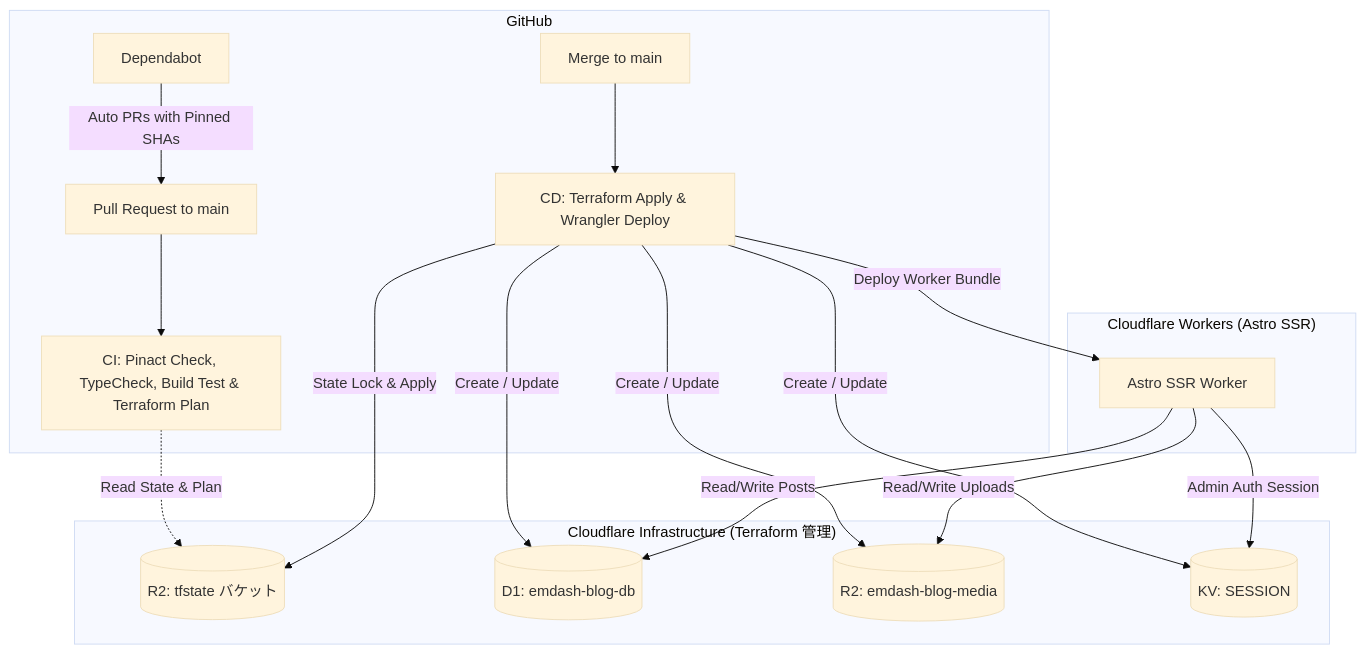
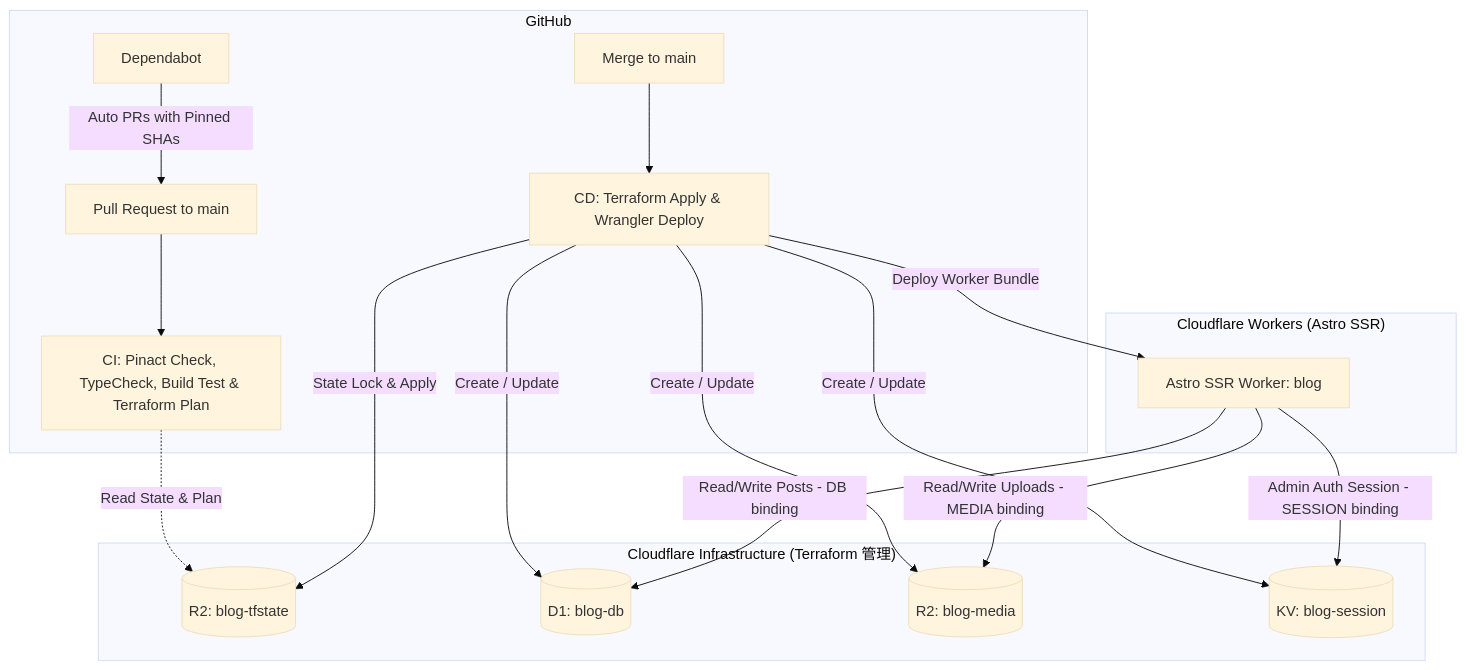
The diagram in docs/superpowers/specs/2026-08-18-terraform-github-actions-design.md (RikiyaOta/blog), drawn with Mermaid (base theme) before and after one commit. The commit also changed other lines of this file and 2 other files, not shown here.

````diff
--- a/docs/superpowers/specs/2026-08-18-terraform-github-actions-design.md
+++ b/docs/superpowers/specs/2026-08-18-terraform-github-actions-design.md
@@ -12,29 +12,29 @@
 ```mermaid
 flowchart TD
     subgraph GitHub
         PR[Pull Request to main] --> CI[CI: Pinact Check, TypeCheck, Build Test & Terraform Plan]
         Merge[Merge to main] --> CD[CD: Terraform Apply & Wrangler Deploy]
         Dependabot[Dependabot] -->|Auto PRs with Pinned SHAs| PR
     end
 
     subgraph "Cloudflare Infrastructure (Terraform 管理)"
-        R2State[(R2: tfstate バケット)]
-        D1[(D1: emdash-blog-db)]
-        R2Media[(R2: emdash-blog-media)]
-        KV[(KV: SESSION)]
+        R2State[(R2: blog-tfstate)]
+        D1[(D1: blog-db)]
+        R2Media[(R2: blog-media)]
+        KV[(KV: blog-session)]
     end
 
     subgraph "Cloudflare Workers (Astro SSR)"
-        Worker[Astro SSR Worker]
+        Worker[Astro SSR Worker: blog]
     end
 
     CI -.->|Read State & Plan| R2State
     CD -->|State Lock & Apply| R2State
     CD -->|Create / Update| D1
     CD -->|Create / Update| R2Media
     CD -->|Create / Update| KV
     CD -->|Deploy Worker Bundle| Worker
-    Worker -->|Read/Write Posts| D1
-    Worker -->|Read/Write Uploads| R2Media
-    Worker -->|Admin Auth Session| KV
+    Worker -->|Read/Write Posts - DB binding| D1
+    Worker -->|Read/Write Uploads - MEDIA binding| R2Media
+    Worker -->|Admin Auth Session - SESSION binding| KV
 ```
````
